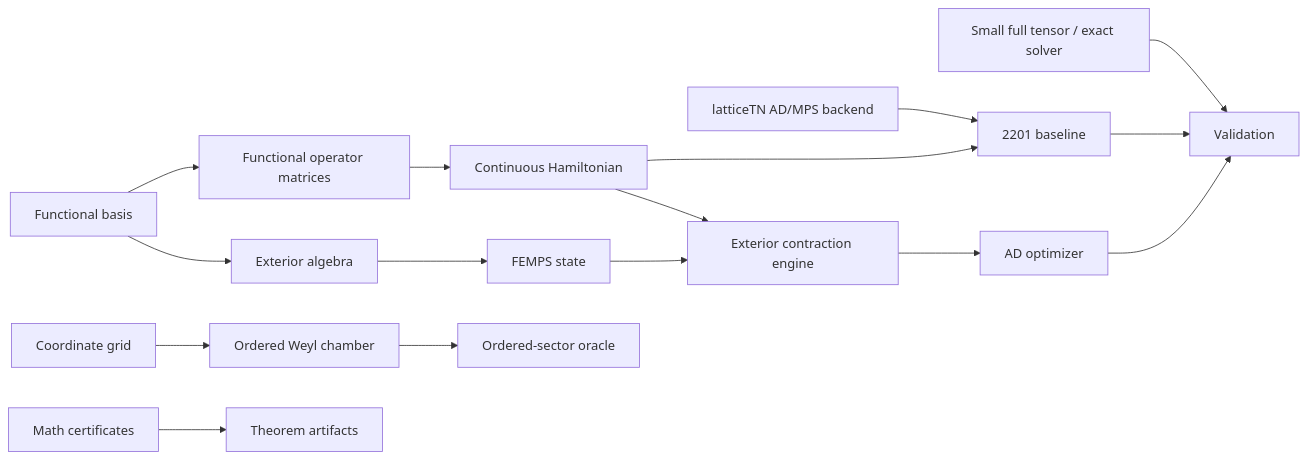
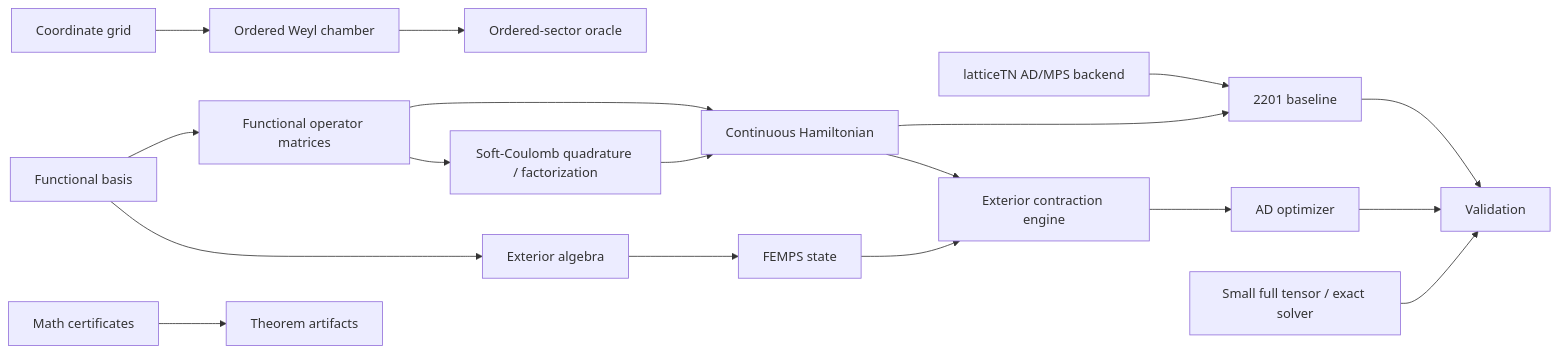
The diagram in docs/ARCHITECTURE.md (intproduct/FEMPS), drawn with Mermaid before and after one commit. The commit also changed other lines of this file and 22 other files, not shown here.

Commit message:
feat: add soft-Coulomb FEMPS benchmarks

````diff
--- a/docs/ARCHITECTURE.md
+++ b/docs/ARCHITECTURE.md
@@ -3,18 +3,20 @@
 ```mermaid
 flowchart LR
     Basis[Functional basis] --> Operators[Functional operator matrices]
     Operators --> Hamiltonian[Continuous Hamiltonian]
     Basis --> Exterior[Exterior algebra]
     Exterior --> State[FEMPS state]
     Grid[Coordinate grid] --> Ordered[Ordered Weyl chamber]
     Ordered --> OrderedOracle[Ordered-sector oracle]
     Lattice[latticeTN AD/MPS backend] --> Baseline[2201 baseline]
     Hamiltonian --> Baseline
     Hamiltonian --> Contract[Exterior contraction engine]
+    Operators --> SoftCoulomb[Soft-Coulomb quadrature / factorization]
+    SoftCoulomb --> Hamiltonian
     State --> Contract
     Contract --> Optimizer[AD optimizer]
     Reference[Small full tensor / exact solver] --> Validation[Validation]
     Baseline --> Validation
     Optimizer --> Validation
     Certificates[Math certificates] --> Theory[Theorem artifacts]
 ```
````
